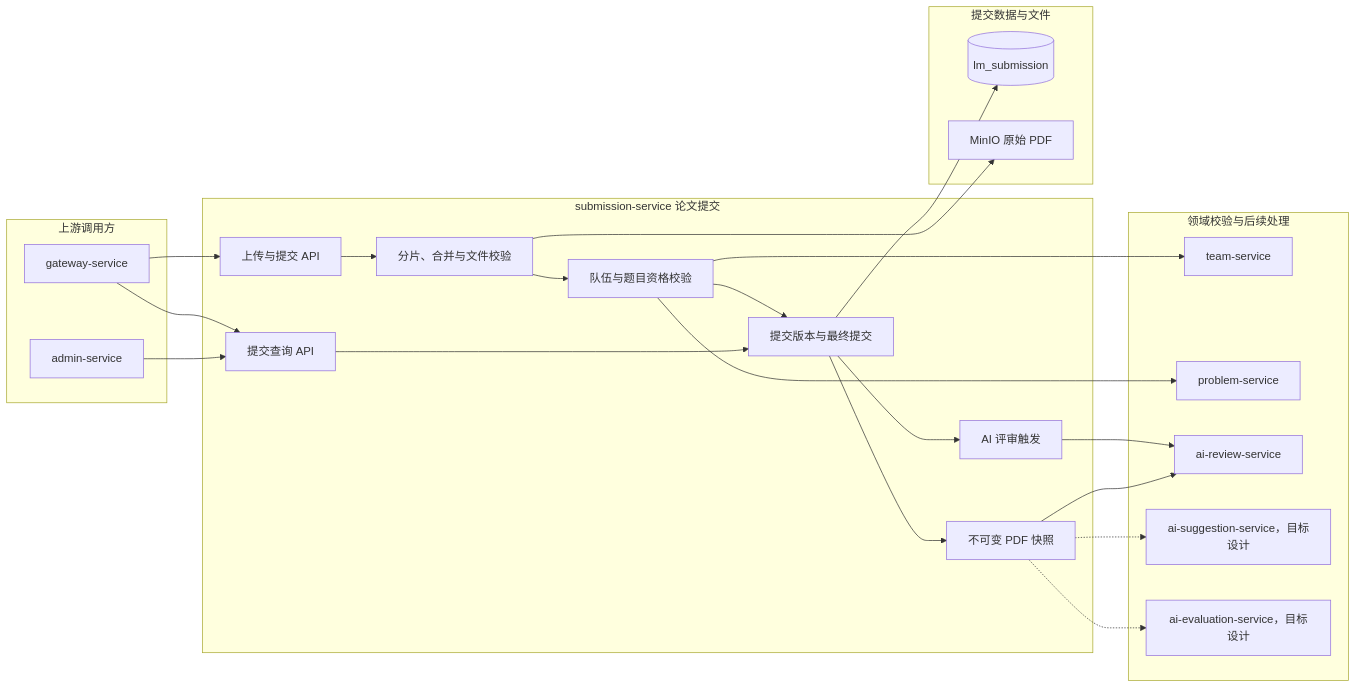
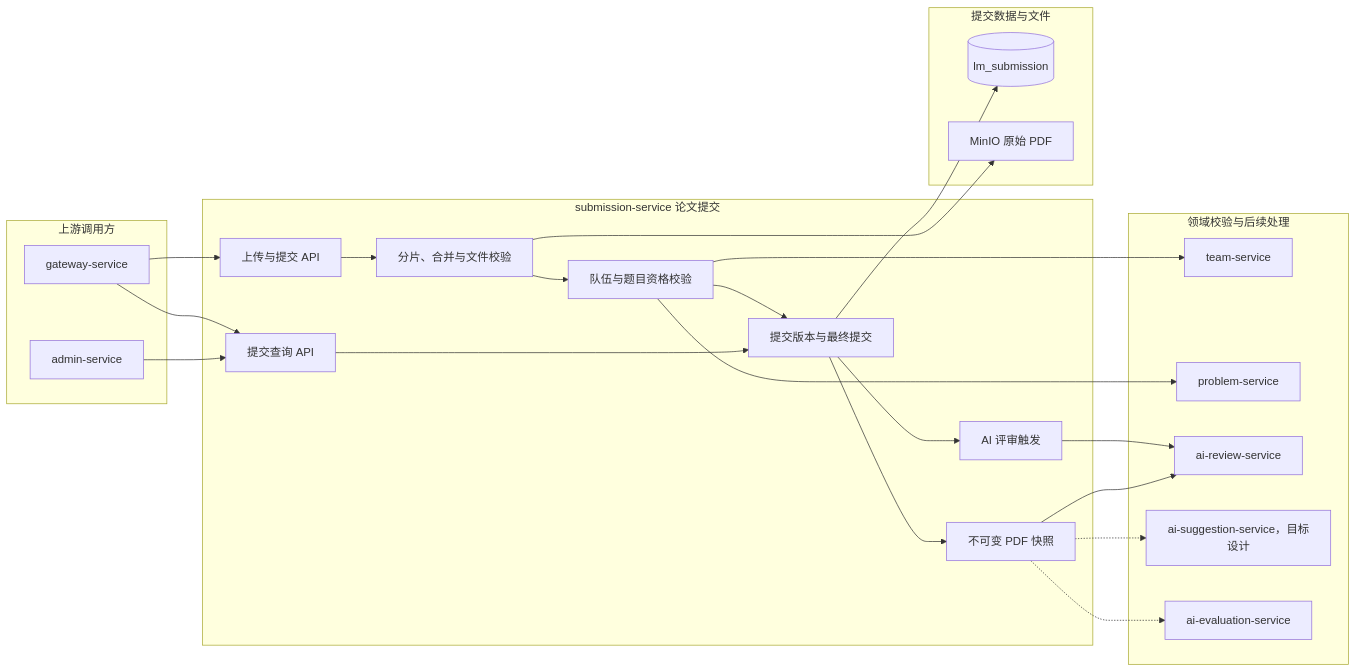
One commit to Dorian7Alden/LeetModel changed the diagram in docs/project/03-微服务设计/submission-service/README.md. Above: the diagram before and after it, drawn with Mermaid. The commit also changed other lines of this file and 15 other files, not shown here.

````diff
--- a/docs/project/03-微服务设计/submission-service/README.md
+++ b/docs/project/03-微服务设计/submission-service/README.md
@@ -9,49 +9,49 @@
 ```mermaid
 flowchart LR
     subgraph callers["上游调用方"]
         apiGateway["gateway-service"]
         adminService["admin-service"]
     end
 
     subgraph submission["submission-service 论文提交"]
         submitApi["上传与提交 API"]
         queryApi["提交查询 API"]
         uploadTask["分片、合并与文件校验"]
         eligibility["队伍与题目资格校验"]
         versionRecord["提交版本与最终提交"]
         snapshotApi["不可变 PDF 快照"]
         reviewTrigger["AI 评审触发"]
 
         submitApi --> uploadTask
         uploadTask --> eligibility
         eligibility --> versionRecord
         versionRecord --> snapshotApi
         versionRecord --> reviewTrigger
         queryApi --> versionRecord
     end
 
     subgraph dependencies["领域校验与后续处理"]
         teamService["team-service"]
         problemService["problem-service"]
         reviewService["ai-review-service"]
         suggestionService["ai-suggestion-service，目标设计"]
-        evaluationService["ai-evaluation-service，目标设计"]
+        evaluationService["ai-evaluation-service"]
     end
 
     subgraph data["提交数据与文件"]
         submissionDatabase[(lm_submission)]
         minio["MinIO 原始 PDF"]
     end
 
     apiGateway --> submitApi
     apiGateway --> queryApi
     adminService --> queryApi
     eligibility --> teamService
     eligibility --> problemService
     uploadTask --> minio
     versionRecord --> submissionDatabase
     reviewTrigger --> reviewService
     snapshotApi --> reviewService
     snapshotApi -.-> suggestionService
     snapshotApi -.-> evaluationService
 ```
````
